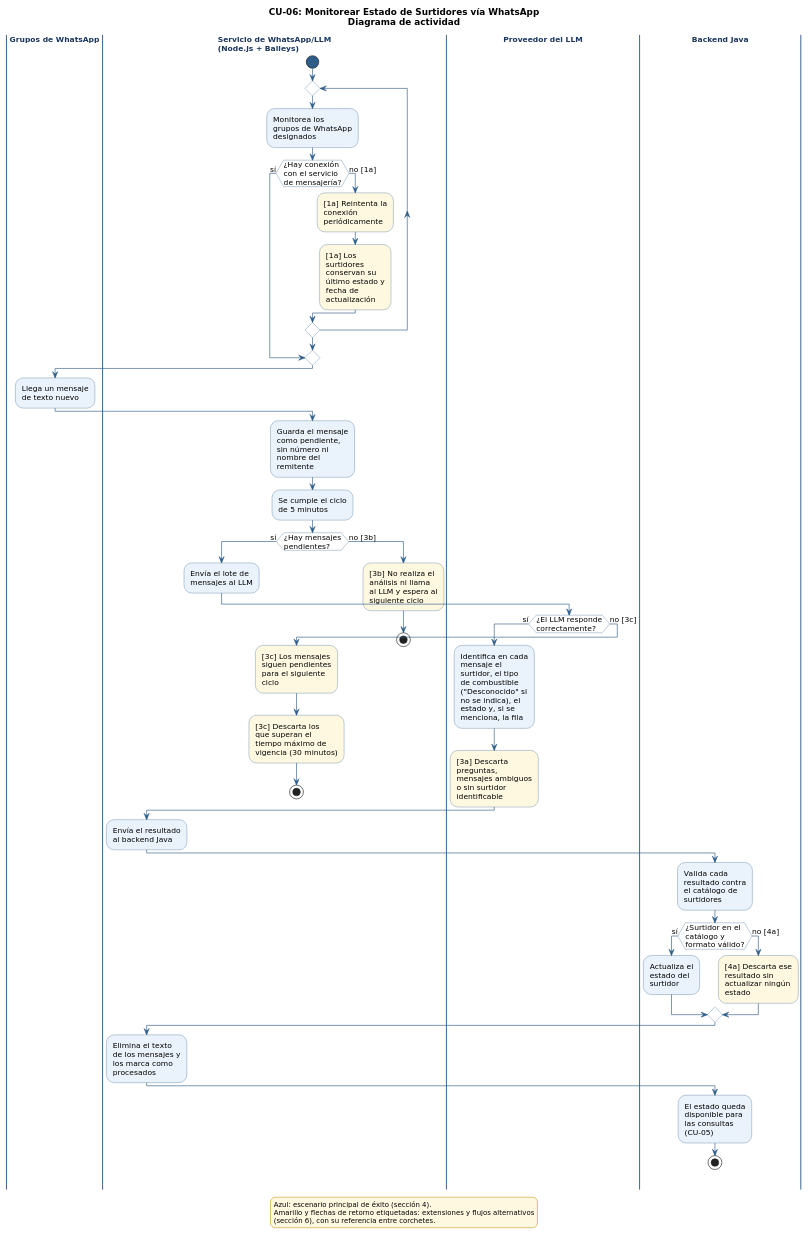
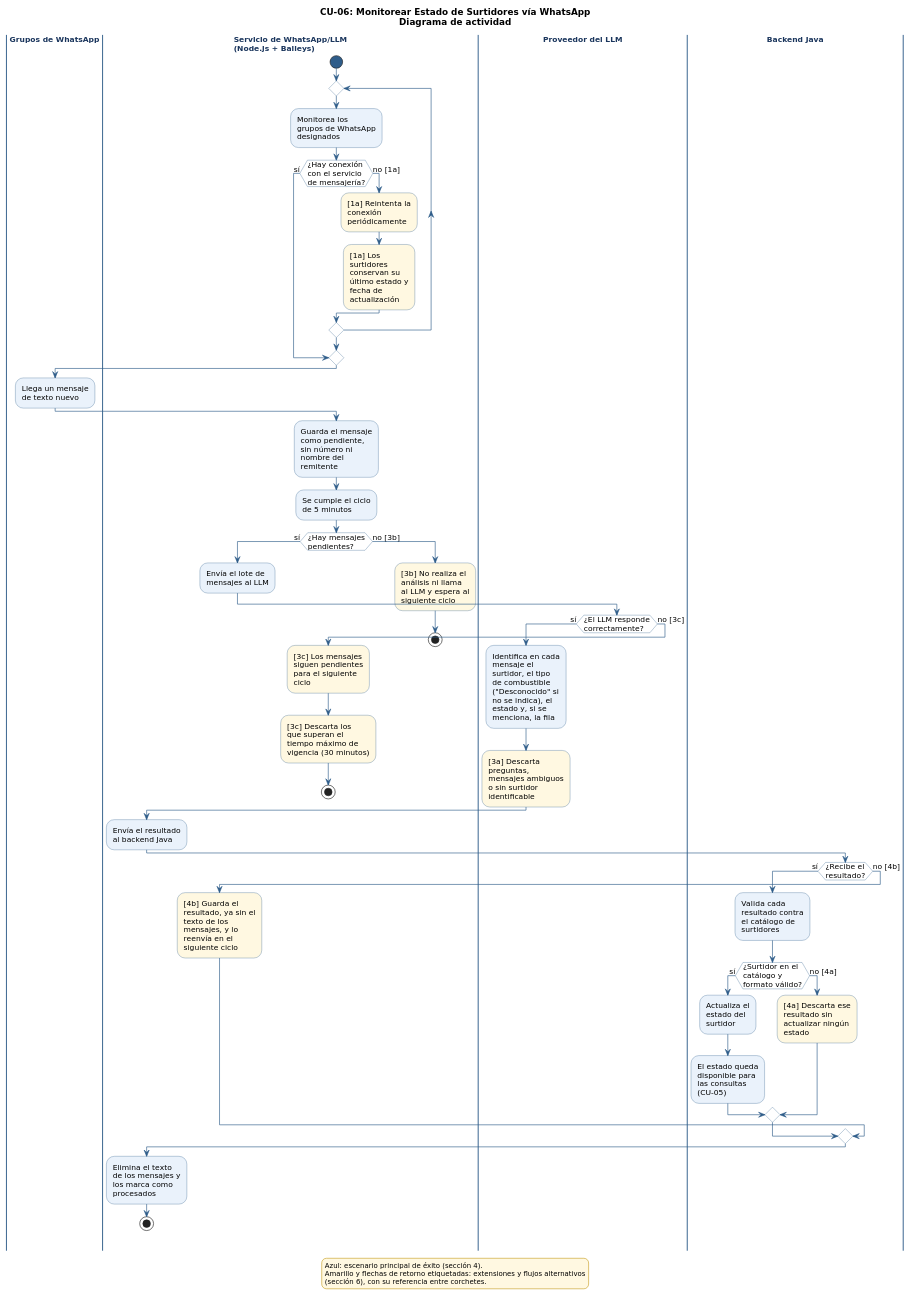
The diagram in 03_des/01_Diagramas_de_comportamiento/CU-06_MonitorearSurtidoresWhatsApp.puml (uniWASD/ChuroViajeInterno), drawn with PlantUML before and after one commit. The commit also changed 59 other files, not shown here.

Commit message:
docs(req): alinear Visión, CU, HU y diagramas con la arquitectura (T-086, #38)

```diff
--- a/03_des/01_Diagramas_de_comportamiento/CU-06_MonitorearSurtidoresWhatsApp.puml
+++ b/03_des/01_Diagramas_de_comportamiento/CU-06_MonitorearSurtidoresWhatsApp.puml
@@ -1,138 +1,147 @@
 @startuml CU-06_MonitorearSurtidoresWhatsApp
 ' CU-06: Monitorear Estado de Surtidores vía WhatsApp - Diagrama de comportamiento (actividad)
 ' Fuente: 02_req - Especificación de Casos de Uso (CU-01 a CU-08), secciones 4 y 6
-' Issue: T-045
+' Issue: T-045 (actualizado en T-086)
 ' Revisión de coherencia (06/10/2026): el análisis corre en el servicio de WhatsApp/LLM; tipo de combustible obligatorio y fila opcional.
 
 skinparam shadowing false
 skinparam defaultFontName "DejaVu Sans"
 skinparam defaultFontSize 12
 skinparam wrapWidth 200
 skinparam ArrowColor #2F5D8A
 skinparam activity {
   BackgroundColor #EAF2FB
   BorderColor #2F5D8A
   DiamondBackgroundColor #FFFFFF
   DiamondBorderColor #2F5D8A
   StartColor #2F5D8A
   EndColor #2F5D8A
 }
 skinparam swimlane {
   BorderColor #2F5D8A
   TitleFontStyle bold
   TitleFontColor #1B365D
 }
 skinparam legend {
   BackgroundColor #FFF8E1
   BorderColor #C9A227
   FontSize 11
 }
 
 title CU-06: Monitorear Estado de Surtidores vía WhatsApp\nDiagrama de actividad
 
 |Grupos de WhatsApp|
 |Servicio de WhatsApp/LLM\n(Node.js + Baileys)|
 start
 repeat
   :Monitorea los
 grupos de WhatsApp
 designados;
   if (¿Hay conexión\ncon el servicio\nde mensajería?) then (sí)
     break
   else (no [1a])
     #FFF8E1:[1a] Reintenta la
 conexión
 periódicamente;
     #FFF8E1:[1a] Los
 surtidores
 conservan su
 último estado y
 fecha de
 actualización;
   endif
 repeat while
 |Grupos de WhatsApp|
 :Llega un mensaje
 de texto nuevo;
 |Servicio de WhatsApp/LLM\n(Node.js + Baileys)|
 :Guarda el mensaje
 como pendiente,
 sin número ni
 nombre del
 remitente;
 :Se cumple el ciclo
 de 5 minutos;
 if (¿Hay mensajes\npendientes?) then (sí)
   :Envía el lote de
 mensajes al LLM;
   |Proveedor del LLM|
   if (¿El LLM responde\ncorrectamente?) then (sí)
     :Identifica en cada
 mensaje el
 surtidor, el tipo
 de combustible
 ("Desconocido" si
 no se indica), el
 estado y, si se
 menciona, la fila;
     #FFF8E1:[3a] Descarta
 preguntas,
 mensajes ambiguos
 o sin surtidor
 identificable;
     |Servicio de WhatsApp/LLM\n(Node.js + Baileys)|
     :Envía el resultado
 al backend Java;
     |Backend Java|
-    :Valida cada
+    if (¿Recibe el\nresultado?) then (sí)
+      :Valida cada
 resultado contra
 el catálogo de
 surtidores;
-    if (¿Surtidor en el\ncatálogo y\nformato válido?) then (sí)
-      :Actualiza el
+      if (¿Surtidor en el\ncatálogo y\nformato válido?) then (sí)
+        :Actualiza el
 estado del
 surtidor;
-    else (no [4a])
-      #FFF8E1:[4a] Descarta ese
+        :El estado queda
+disponible para
+las consultas
+(CU-05);
+      else (no [4a])
+        #FFF8E1:[4a] Descarta ese
 resultado sin
 actualizar ningún
 estado;
+      endif
+    else (no [4b])
+      |Servicio de WhatsApp/LLM\n(Node.js + Baileys)|
+      #FFF8E1:[4b] Guarda el
+resultado, ya sin el
+texto de los
+mensajes, y lo
+reenvía en el
+siguiente ciclo;
     endif
     |Servicio de WhatsApp/LLM\n(Node.js + Baileys)|
     :Elimina el texto
 de los mensajes y
 los marca como
 procesados;
-    |Backend Java|
-    :El estado queda
-disponible para
-las consultas
-(CU-05);
     stop
   else (no [3c])
     |Servicio de WhatsApp/LLM\n(Node.js + Baileys)|
     #FFF8E1:[3c] Los mensajes
 siguen pendientes
 para el siguiente
 ciclo;
     #FFF8E1:[3c] Descarta los
 que superan el
 tiempo máximo de
 vigencia (30 minutos);
     stop
   endif
 else (no [3b])
   #FFF8E1:[3b] No realiza el
 análisis ni llama
 al LLM y espera al
 siguiente ciclo;
   stop
 endif
 
 legend bottom
   Azul: escenario principal de éxito (sección 4).
   Amarillo y flechas de retorno etiquetadas: extensiones y flujos alternativos
   (sección 6), con su referencia entre corchetes.
 endlegend
 
 @enduml
```
